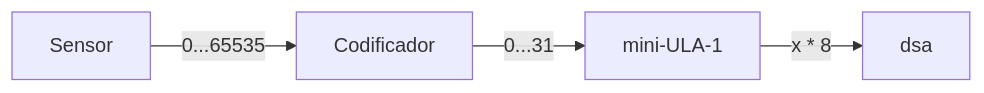
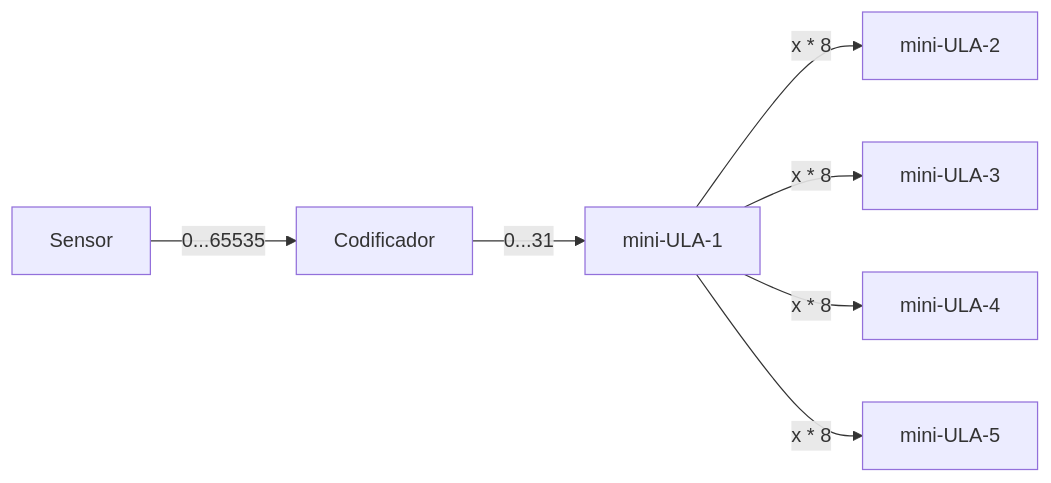
Before and after one commit to Enzo0100/Solar-Quality: the diagram in README.md, drawn with Mermaid.

````diff
--- a/README.md
+++ b/README.md
@@ -56,7 +56,10 @@
 ```mermaid
 
 graph LR;
     Sensor-->|0...65535|Codificador;
     Codificador-->|0...31|mini-ULA-1
-    mini-ULA-1-->|x * 8|dsa
+    mini-ULA-1-->|x * 8|mini-ULA-2
+    mini-ULA-1-->|x * 8|mini-ULA-3
+    mini-ULA-1-->|x * 8|mini-ULA-4
+    mini-ULA-1-->|x * 8|mini-ULA-5
 ```
````
